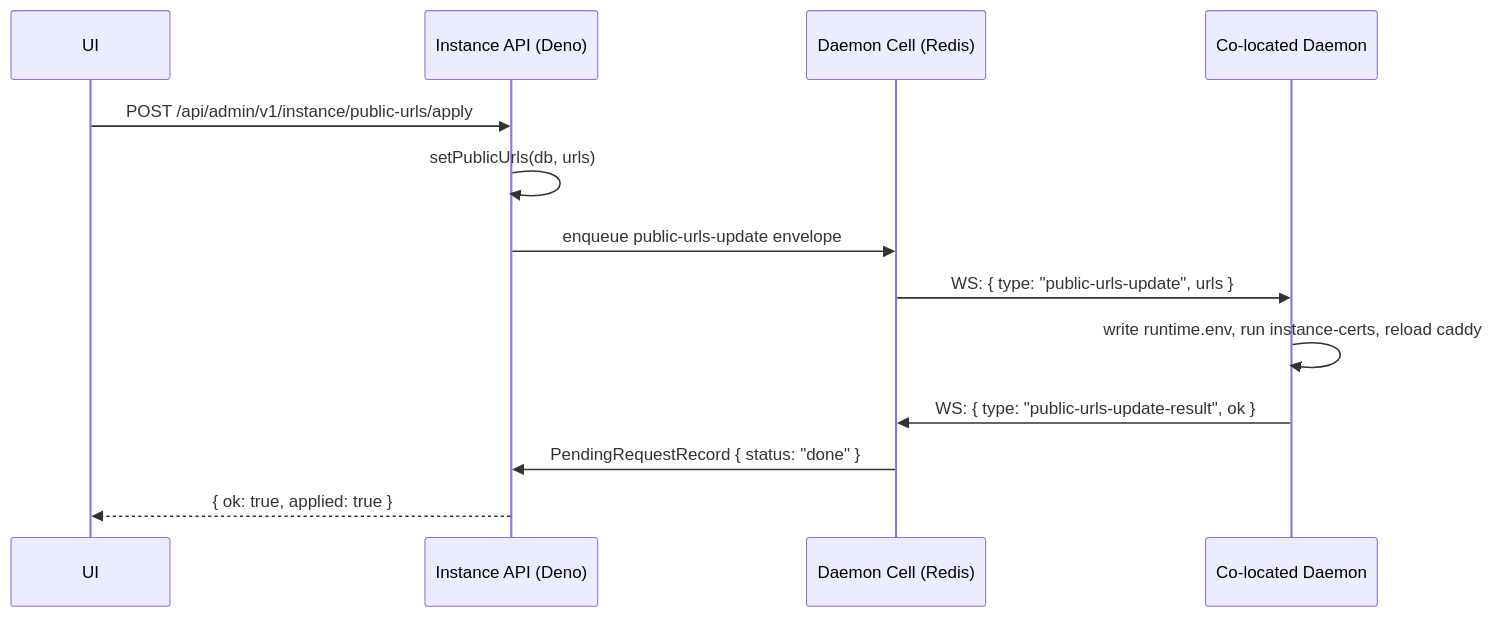
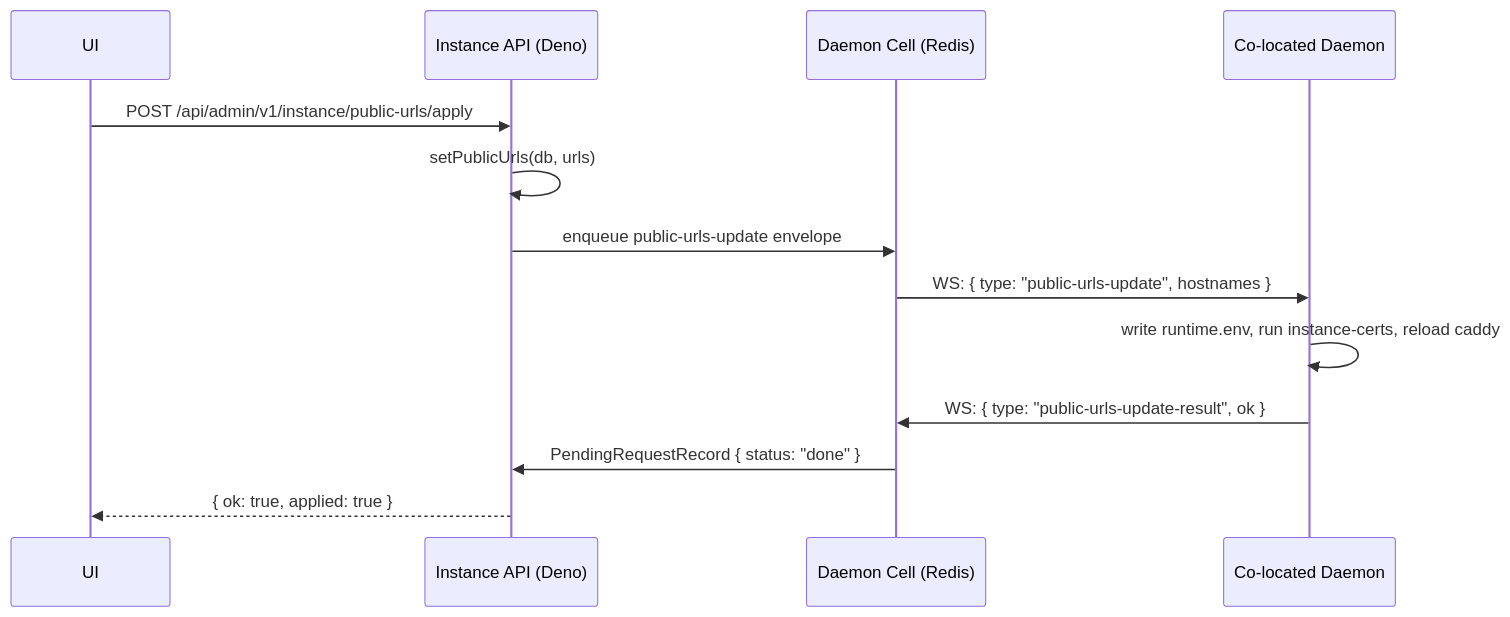
One commit to TurboPanel/turbopanel changed the diagram in src/features/commands/AGENTS.md. Above: the diagram before and after it, drawn with Mermaid. The commit also changed other lines of this file and 29 other files, not shown here.

First line of the commit message:
refactor: drop the flat public urls list and daemon feature min versions (#953)

````diff
--- a/src/features/commands/AGENTS.md
+++ b/src/features/commands/AGENTS.md
@@ -366,16 +366,16 @@
 ```mermaid
 sequenceDiagram
     participant UI
     participant Instance as Instance API (Deno)
     participant Cell as Daemon Cell (Redis)
     participant Daemon as Co-located Daemon
 
     UI->>Instance: POST /api/admin/v1/instance/public-urls/apply
     Instance->>Instance: setPublicUrls(db, urls)
     Instance->>Cell: enqueue public-urls-update envelope
-    Cell->>Daemon: WS: { type: "public-urls-update", urls }
+    Cell->>Daemon: WS: { type: "public-urls-update", hostnames }
     Daemon->>Daemon: write runtime.env, run instance-certs, reload caddy
     Daemon->>Cell: WS: { type: "public-urls-update-result", ok }
     Cell->>Instance: PendingRequestRecord { status: "done" }
     Instance-->>UI: { ok: true, applied: true }
 ```
````
